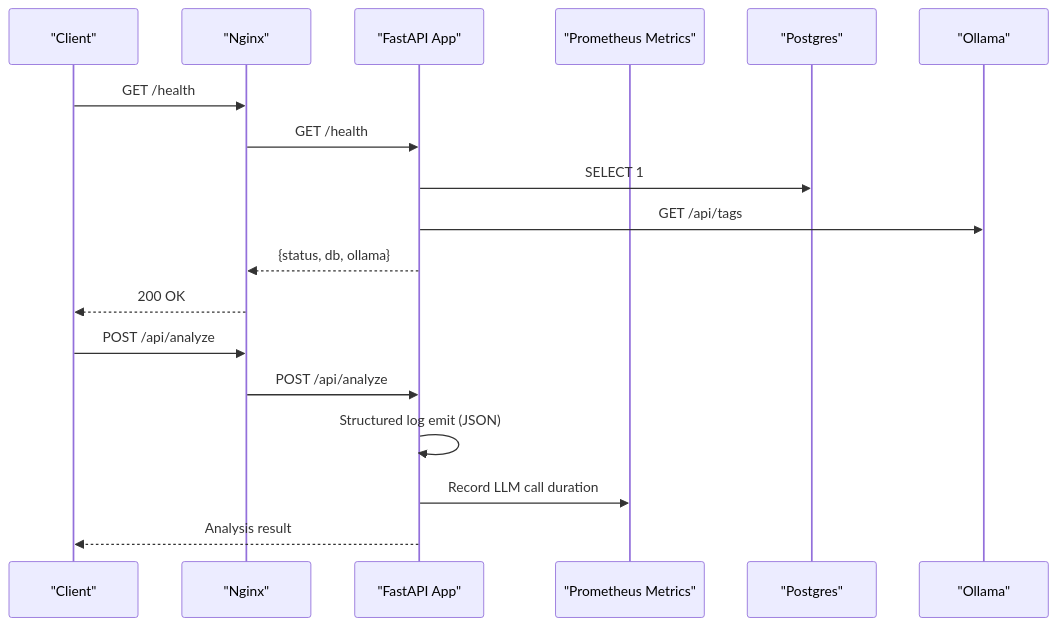
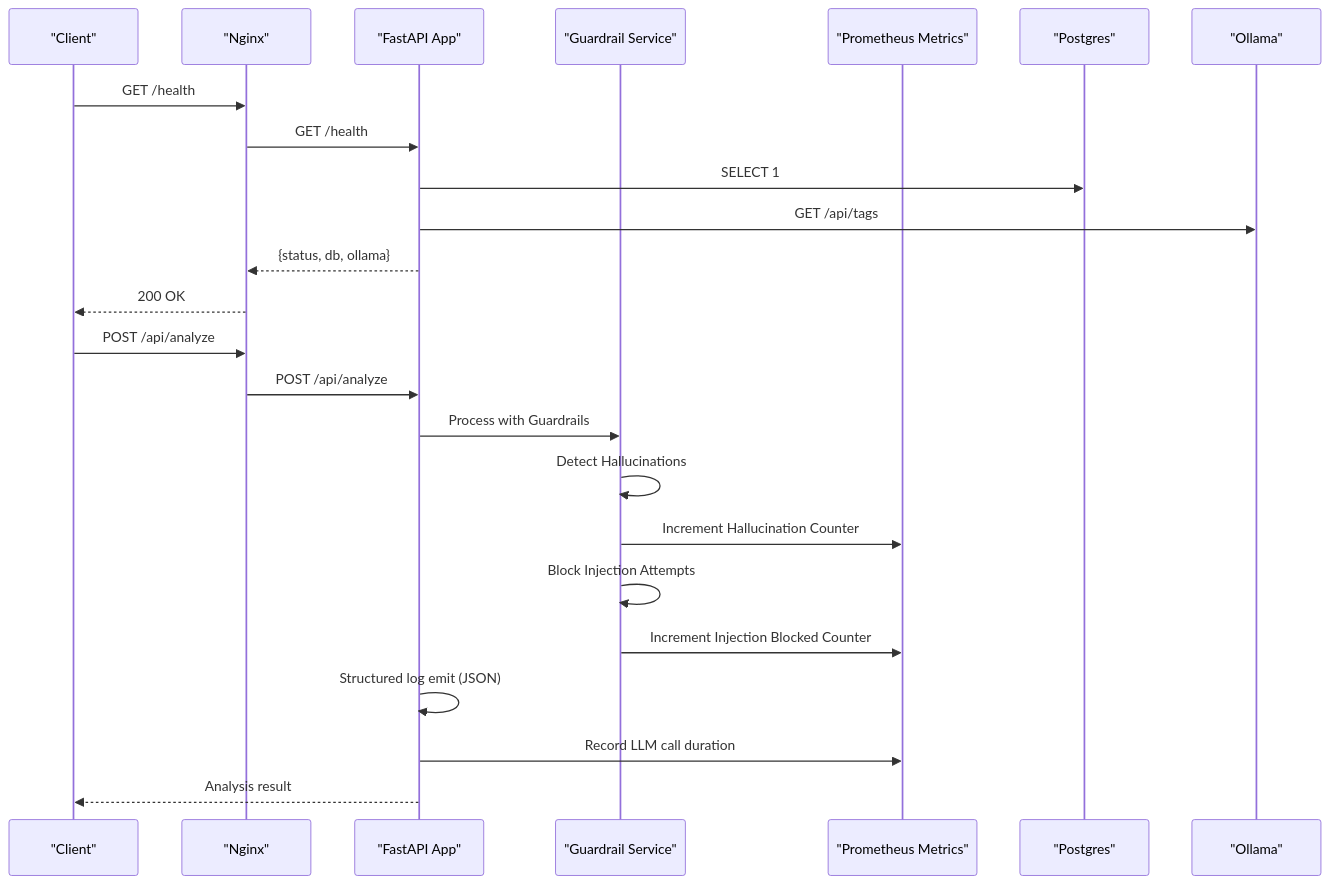
Before and after one commit to Revanththetalogics/aireume: the second of 4 diagrams in .qoder/repowiki/en/content/Deployment & DevOps/Monitoring & Logging.md, drawn with Mermaid. The commit also changed other lines of this file and 21 other files, not shown here.

````diff
--- a/.qoder/repowiki/en/content/Deployment & DevOps/Monitoring & Logging.md
+++ b/.qoder/repowiki/en/content/Deployment & DevOps/Monitoring & Logging.md
@@ -150,20 +168,26 @@
 ```mermaid
 sequenceDiagram
 participant Client as "Client"
 participant Nginx as "Nginx"
 participant API as "FastAPI App"
+participant Guardrail as "Guardrail Service"
 participant Metrics as "Prometheus Metrics"
 participant DB as "Postgres"
 participant LLM as "Ollama"
 Client->>Nginx : GET /health
 Nginx->>API : GET /health
 API->>DB : SELECT 1
 API->>LLM : GET /api/tags
 API-->>Nginx : {status, db, ollama}
 Nginx-->>Client : 200 OK
 Client->>Nginx : POST /api/analyze
 Nginx->>API : POST /api/analyze
+API->>Guardrail : Process with Guardrails
+Guardrail->>Guardrail : Detect Hallucinations
+Guardrail->>Metrics : Increment Hallucination Counter
+Guardrail->>Guardrail : Block Injection Attempts
+Guardrail->>Metrics : Increment Injection Blocked Counter
 API->>API : Structured log emit (JSON)
 API->>Metrics : Record LLM call duration
 API-->>Client : Analysis result
 ```
````
